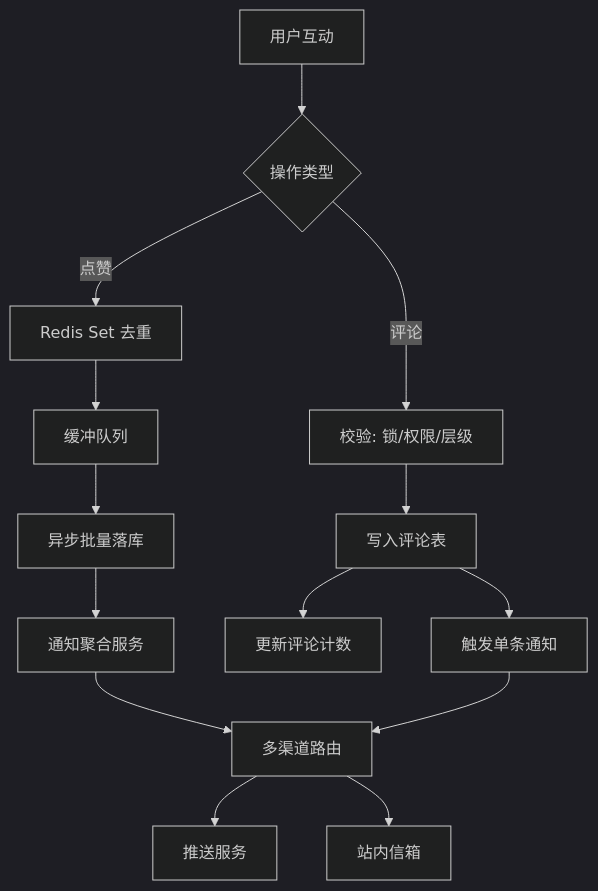
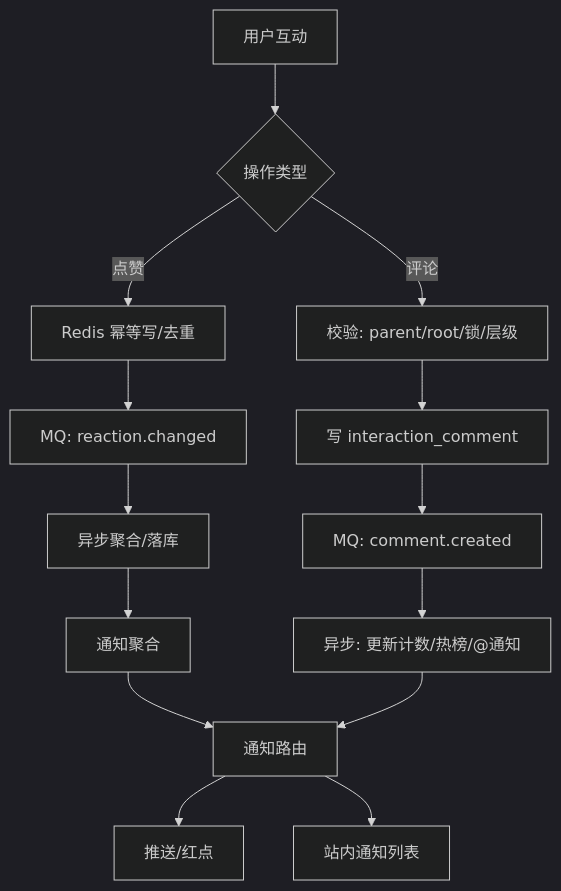
Before and after one commit to Yager-42/--: the eighth of 14 diagrams in 社交接口.md, drawn with Mermaid (dark theme). The commit also changed other lines of this file and 3 other files, not shown here.

````diff
--- a/社交接口.md
+++ b/社交接口.md
@@ -298,19 +305,19 @@
 ```mermaid
 graph TD
     User[用户互动] --> Action{操作类型}
     
-    Action -- 点赞 --> Redis[Redis Set 去重]
-    Redis --> Buffer[缓冲队列]
-    Buffer --> AsyncDB[异步批量落库]
-    AsyncDB --> AggNotify[通知聚合服务]
+    Action -- 点赞 --> LikeRedis[Redis 幂等写/去重]
+    LikeRedis --> LikeMQ[MQ: reaction.changed]
+    LikeMQ --> LikeDB[异步聚合/落库]
+    LikeDB --> AggNotify[通知聚合]
     
-    Action -- 评论 --> Check[校验: 锁/权限/层级]
-    Check --> DBComment[写入评论表]
-    DBComment --> UpdateCount[更新评论计数]
-    DBComment --> Notify[触发单条通知]
+    Action -- 评论 --> Check[校验: parent/root/锁/层级]
+    Check --> DBComment[写 interaction_comment]
+    DBComment --> CommentMQ[MQ: comment.created]
+    CommentMQ --> Async[异步: 更新计数/热榜/@通知]
     
-    AggNotify & Notify --> Route[多渠道路由]
-    Route --> Push[推送服务]
-    Route --> Inbox[站内信箱]
+    AggNotify & Async --> Route[通知路由]
+    Route --> Push[推送/红点]
+    Route --> Inbox[站内通知列表]
 
 ```
````
